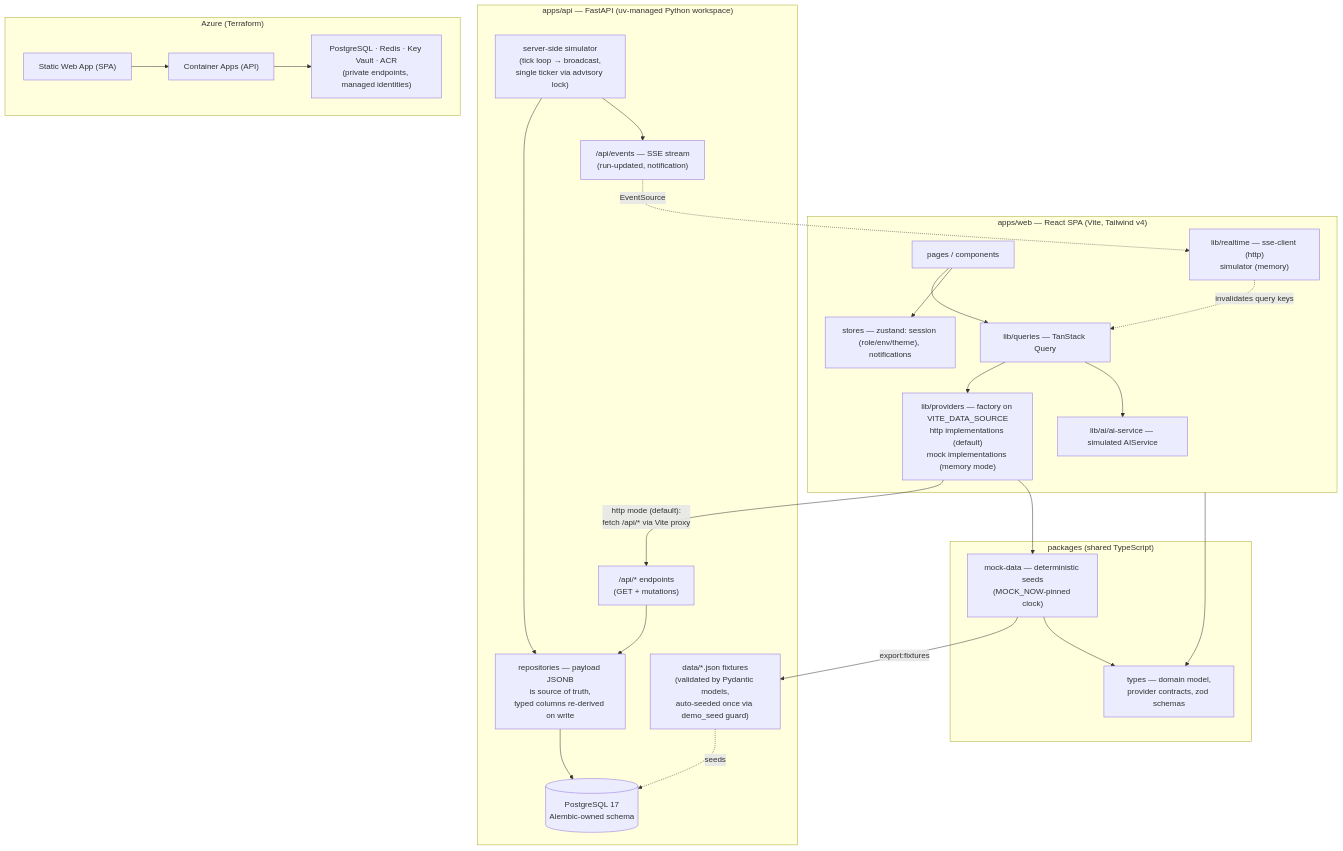
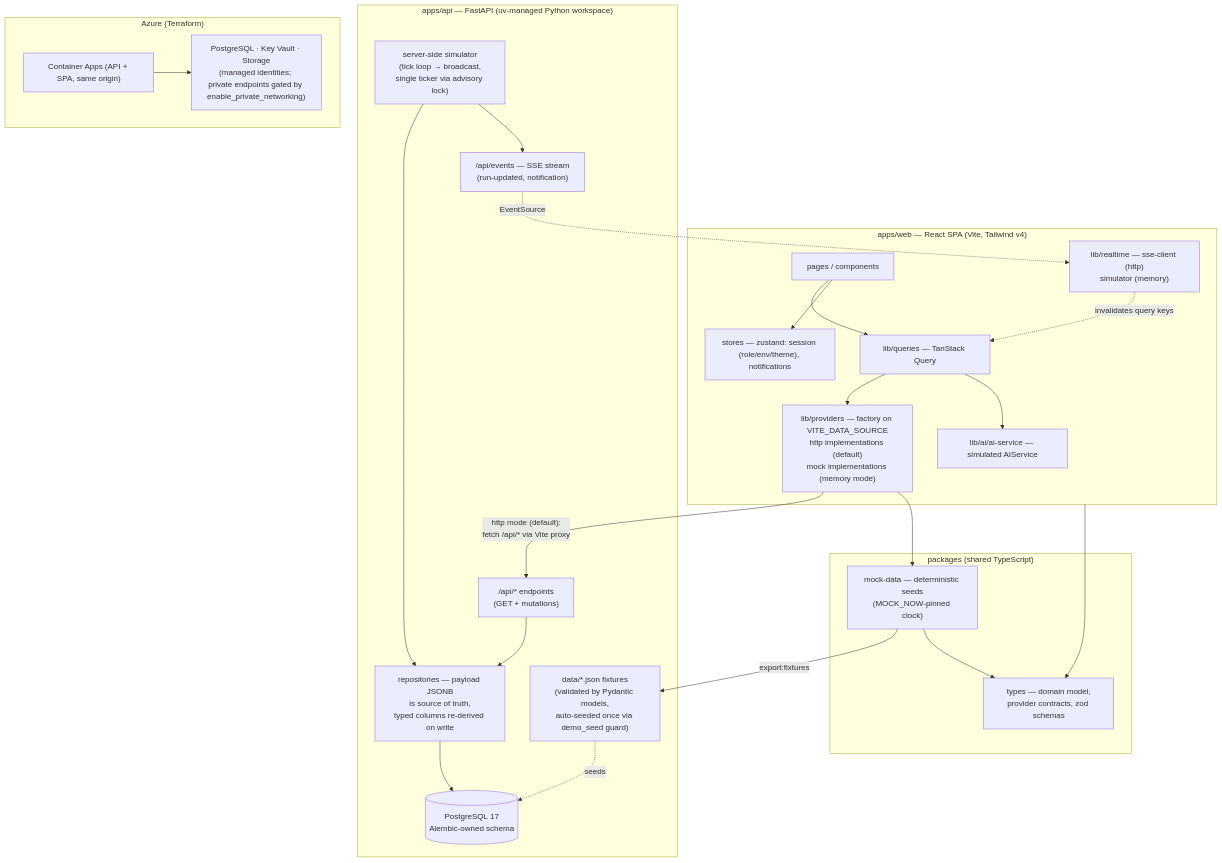
Before and after one commit to acaacx/mithrilops: the diagram in docs/architecture.md, drawn with Mermaid. The commit also changed other lines of this file and 5 other files, not shown here.

Commit message:
docs: minimal stack — ghcr, same-origin spa, private networking gate

````diff
--- a/docs/architecture.md
+++ b/docs/architecture.md
@@ -5,47 +5,46 @@
 ```mermaid
 flowchart TB
     subgraph web["apps/web — React SPA (Vite, Tailwind v4)"]
         pages["pages / components"]
         queries["lib/queries — TanStack Query"]
         providers["lib/providers — factory on VITE_DATA_SOURCE<br/>http implementations (default)<br/>mock implementations (memory mode)"]
         realtime["lib/realtime — sse-client (http)<br/>simulator (memory)"]
         ai["lib/ai/ai-service — simulated AIService"]
         stores["stores — zustand: session (role/env/theme), notifications"]
         pages --> queries --> providers
         queries --> ai
         realtime -. "invalidates query keys" .-> queries
         pages --> stores
     end
 
     subgraph api["apps/api — FastAPI (uv-managed Python workspace)"]
         endpoints["/api/* endpoints<br/>(GET + mutations)"]
         sse["/api/events — SSE stream<br/>(run-updated, notification)"]
         sim["server-side simulator<br/>(tick loop → broadcast,<br/>single ticker via advisory lock)"]
         repos["repositories — payload JSONB<br/>is source of truth,<br/>typed columns re-derived on write"]
         pg[("PostgreSQL 17<br/>Alembic-owned schema")]
         fixtures["data/*.json fixtures<br/>(validated by Pydantic models,<br/>auto-seeded once via demo_seed guard)"]
         endpoints --> repos --> pg
         fixtures -. "seeds" .-> pg
         sim --> repos
         sim --> sse
     end
 
     subgraph packages["packages (shared TypeScript)"]
         types["types — domain model,<br/>provider contracts, zod schemas"]
         mockdata["mock-data — deterministic seeds<br/>(MOCK_NOW-pinned clock)"]
     end
 
     providers -- "http mode (default):<br/>fetch /api/* via Vite proxy" --> endpoints
     sse -. "EventSource" .-> realtime
     mockdata -- "export:fixtures" --> fixtures
     providers --> mockdata
     web --> types
     mockdata --> types
 
     subgraph azure["Azure (Terraform)"]
-        swa["Static Web App (SPA)"]
-        aca["Container Apps (API)"]
-        paas["PostgreSQL · Redis · Key Vault · ACR<br/>(private endpoints, managed identities)"]
-        swa --> aca --> paas
+        aca["Container Apps (API + SPA, same origin)"]
+        paas["PostgreSQL · Key Vault · Storage<br/>(managed identities; private endpoints gated by enable_private_networking)"]
+        aca --> paas
     end
 ```
````
